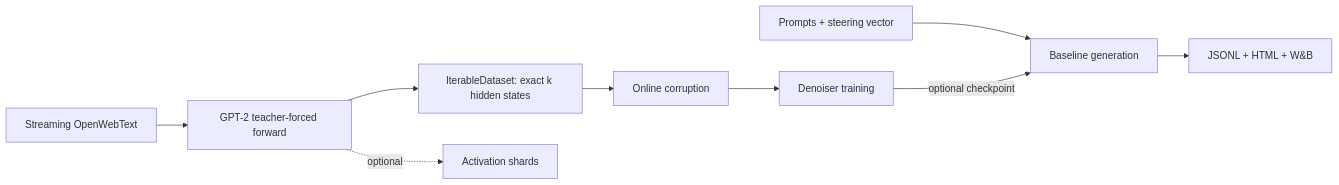
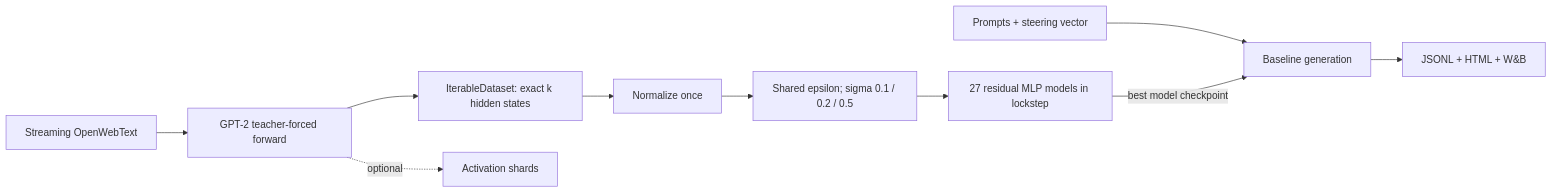
The diagram in docs/architecture.md (MichaelNotDeveloper/steering-recovery), drawn with Mermaid before and after one commit. The commit also changed other lines of this file and 20 other files, not shown here.

````diff
--- a/docs/architecture.md
+++ b/docs/architecture.md
@@ -41,11 +42,12 @@
 ```mermaid
 flowchart LR
     A["Streaming OpenWebText"] --> B["GPT-2 teacher-forced forward"]
     B --> C["IterableDataset: exact k hidden states"]
-    C --> D["Online corruption"]
-    D --> E["Denoiser training"]
+    C --> D["Normalize once"]
+    D --> E["Shared epsilon; sigma 0.1 / 0.2 / 0.5"]
+    E --> J["27 residual MLP models in lockstep"]
     B -. "optional" .-> I["Activation shards"]
     F["Prompts + steering vector"] --> G["Baseline generation"]
-    E -->|"optional checkpoint"| G
+    J -->|"best model checkpoint"| G
     G --> H["JSONL + HTML + W&B"]
 ```
````
